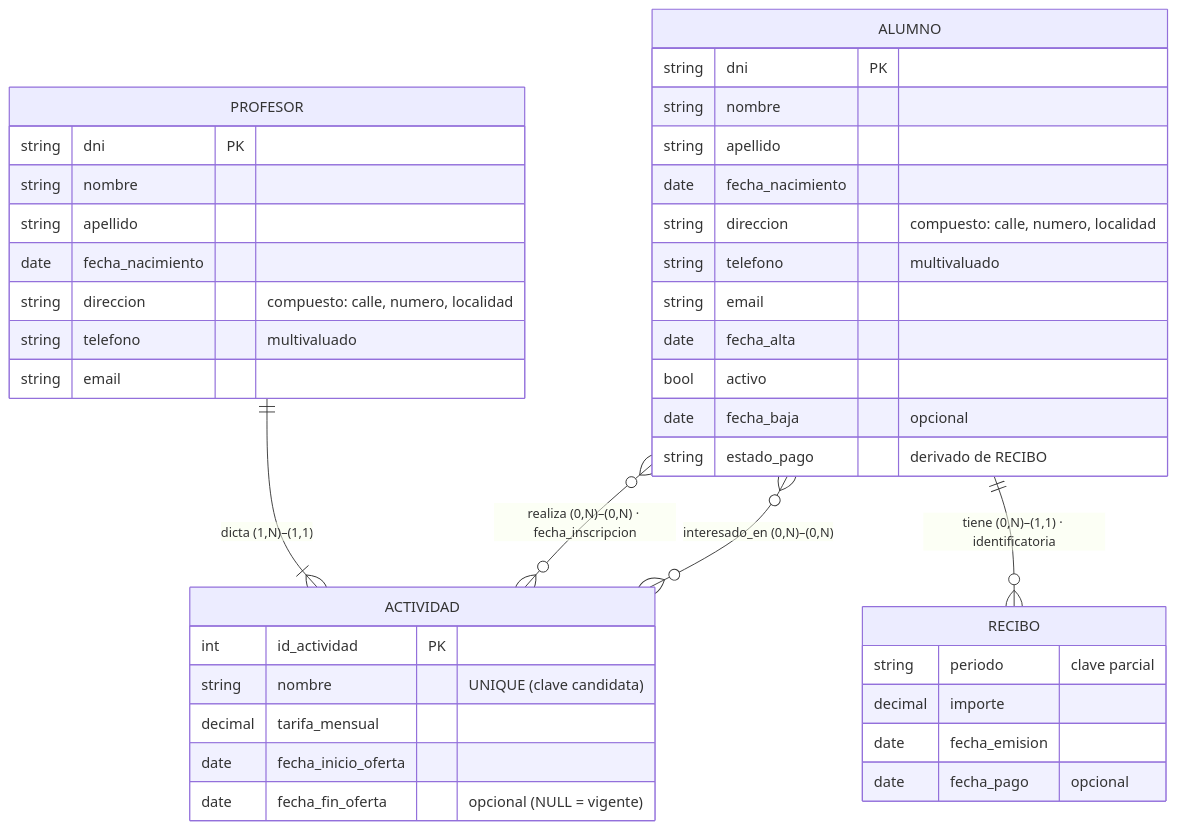
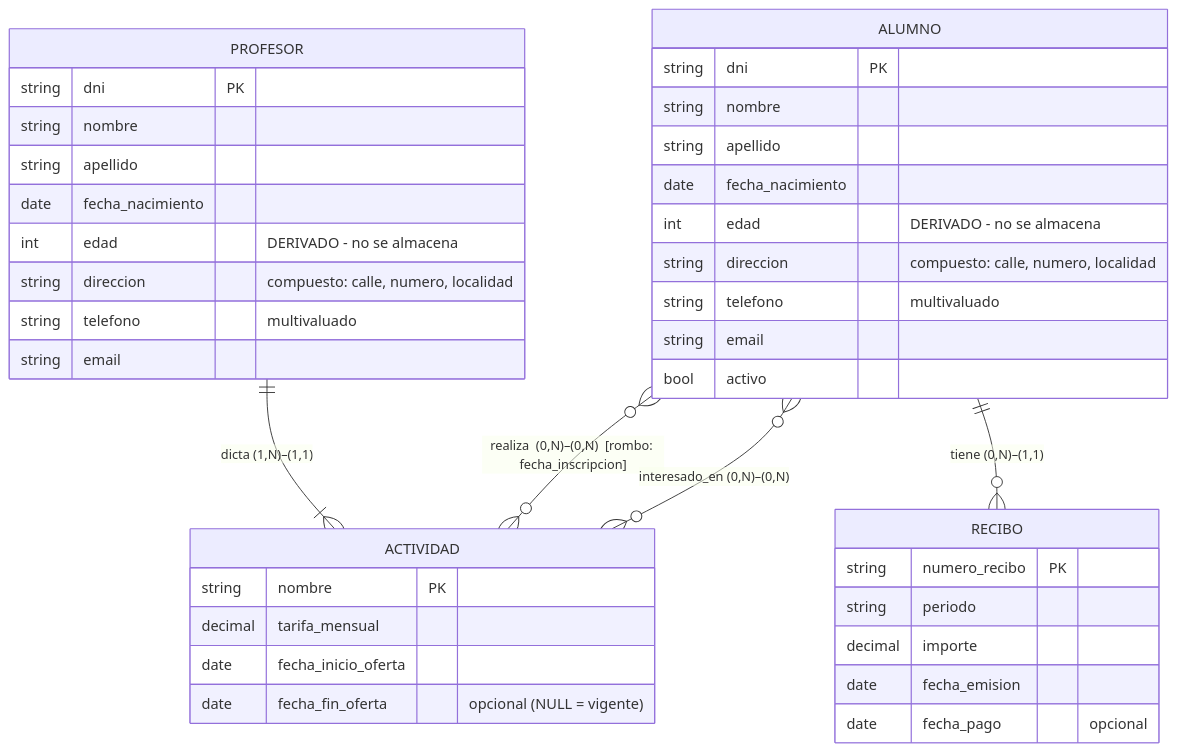
The diagram in BASES DE DATOS/Unidad 1/Hito Evaluable 2/HE2_gimnasio_resolucion.md (gonzalogiolitti/facultad-tcd), drawn with Mermaid before and after one commit. The commit also changed other lines of this file and 1 other file, not shown here.

First line of the commit message:
fix(HE2): rehace el DER del gimnasio segun la metodologia del profesor

````diff
--- a/BASES DE DATOS/Unidad 1/Hito Evaluable 2/HE2_gimnasio_resolucion.md
+++ b/BASES DE DATOS/Unidad 1/Hito Evaluable 2/HE2_gimnasio_resolucion.md
@@ -102,43 +108,42 @@
 ```mermaid
 erDiagram
-    PROFESOR ||--|{ ACTIVIDAD : "dicta (1,N)–(1,1)"
-    ALUMNO   }o--o{ ACTIVIDAD : "realiza (0,N)–(0,N) · fecha_inscripcion"
-    ALUMNO   }o--o{ ACTIVIDAD : "interesado_en (0,N)–(0,N)"
-    ALUMNO   ||--o{ RECIBO    : "tiene (0,N)–(1,1) · identificatoria"
+    PROFESOR ||--|{ ACTIVIDAD : "dicta  (1,N)–(1,1)"
+    ALUMNO   }o--o{ ACTIVIDAD : "realiza  (0,N)–(0,N)  [rombo: fecha_inscripcion]"
+    ALUMNO   }o--o{ ACTIVIDAD : "interesado_en  (0,N)–(0,N)"
+    ALUMNO   ||--o{ RECIBO    : "tiene  (0,N)–(1,1)"
 
     ACTIVIDAD {
-        int  id_actividad PK
-        string nombre "UNIQUE (clave candidata)"
+        string nombre PK
         decimal tarifa_mensual
         date fecha_inicio_oferta
         date fecha_fin_oferta "opcional (NULL = vigente)"
     }
     PROFESOR {
         string dni PK
         string nombre
         string apellido
         date   fecha_nacimiento
+        int    edad "DERIVADO - no se almacena"
         string direccion "compuesto: calle, numero, localidad"
         string telefono "multivaluado"
         string email
     }
     ALUMNO {
         string dni PK
         string nombre
         string apellido
         date   fecha_nacimiento
+        int    edad "DERIVADO - no se almacena"
         string direccion "compuesto: calle, numero, localidad"
         string telefono "multivaluado"
         string email
-        date   fecha_alta
         bool   activo
-        date   fecha_baja "opcional"
-        string estado_pago "derivado de RECIBO"
     }
     RECIBO {
-        string periodo "clave parcial"
+        string numero_recibo PK
+        string periodo
         decimal importe
         date fecha_emision
         date fecha_pago "opcional"
     }
 ```
````
